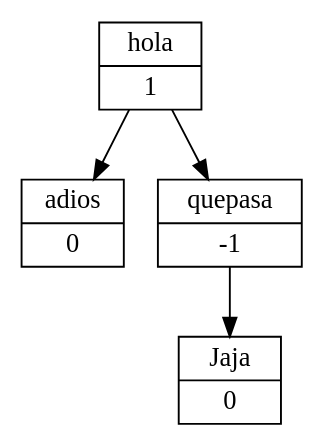
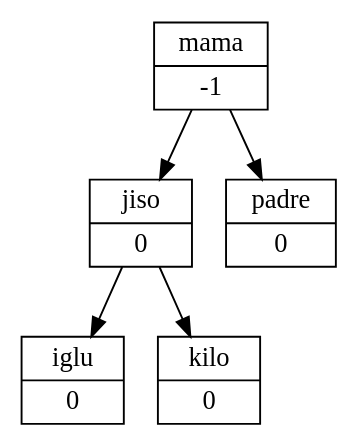
The diagram in arbol.dot (Angcelo/EDD_2S2019_P2_201701020), drawn with Graphviz before and after one commit. The commit also changed 4 other files, not shown here.

```diff
--- a/arbol.dot
+++ b/arbol.dot
@@ -1,10 +1,12 @@
 digraph pila{
 node [shape="record"];
-hola [ label = "{hola|1}"];
-adios [ label = "{adios|0}"];
-quepasa [ label = "{quepasa|-1}"];
-Jaja [ label = "{Jaja|0}"];
-hola->adios;
-hola->quepasa;
-quepasa->Jaja
+mama [ label = "{mama|-1}"];
+jiso [ label = "{jiso|0}"];
+iglu [ label = "{iglu|0}"];
+kilo [ label = "{kilo|0}"];
+padre [ label = "{padre|0}"];
+mama->jiso;
+jiso->iglu
+jiso->kilo
+mama->padre;
 }
```
